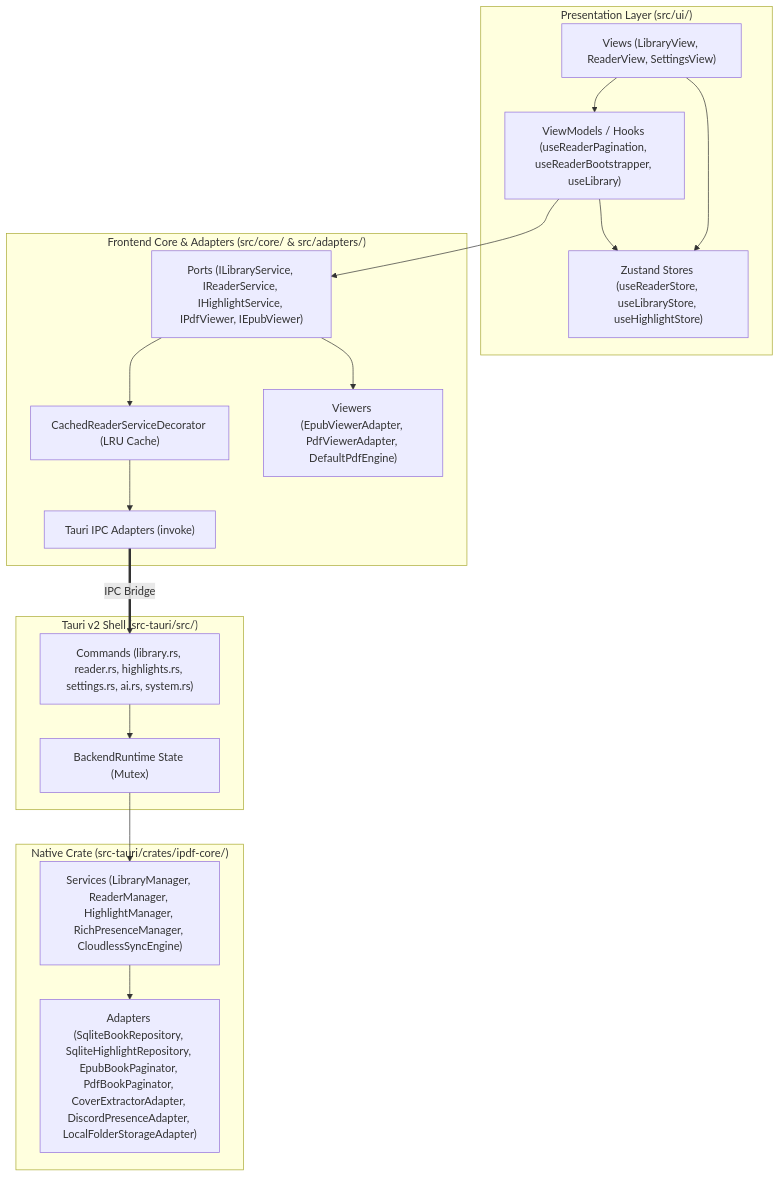
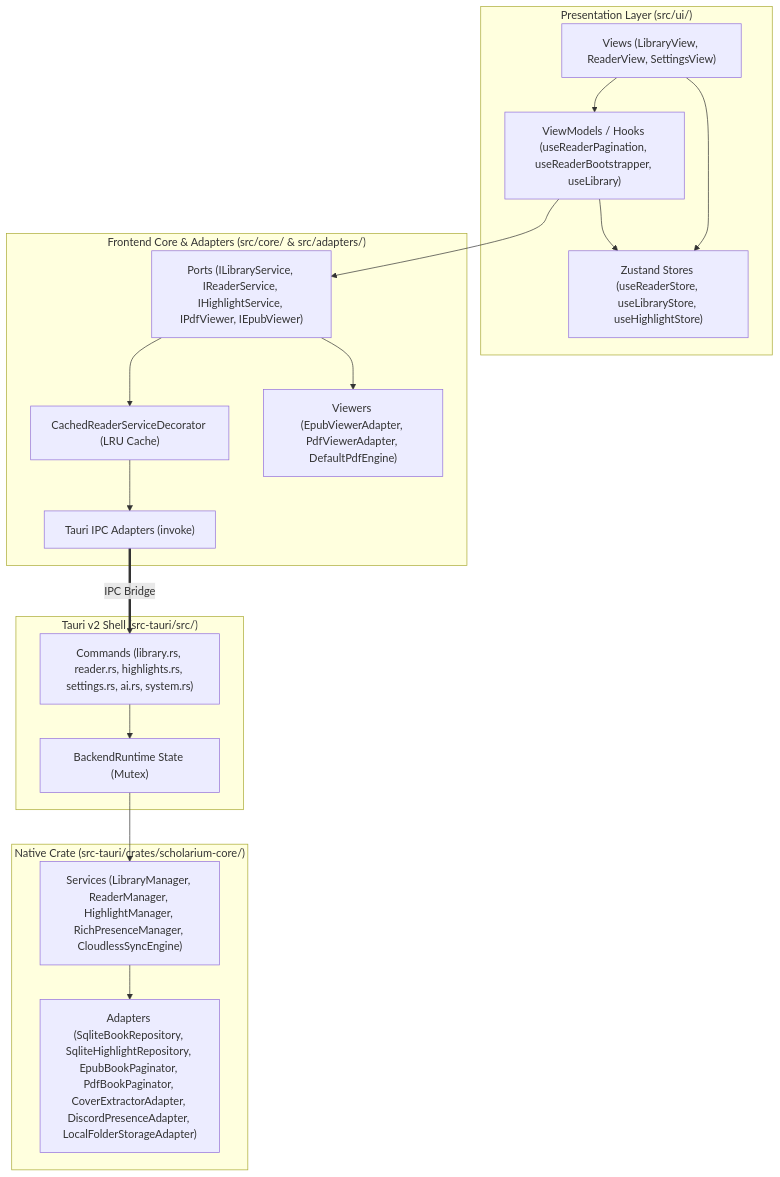
One commit to lucaslive974/IPDF changed the diagram in docs/02-ARCHITECTURE-UML.md. Above: the diagram before and after it, drawn with Mermaid. The commit also changed other lines of this file and 92 other files, not shown here.

First line of the commit message:
refactor(branding): rename ipdf to scholarium across core crate, storage, and docs

````diff
--- a/docs/02-ARCHITECTURE-UML.md
+++ b/docs/02-ARCHITECTURE-UML.md
@@ -118,36 +118,36 @@
 ```mermaid
 flowchart TB
     subgraph UI["Presentation Layer (src/ui/)"]
         Views["Views (LibraryView, ReaderView, SettingsView)"]
         Hooks["ViewModels / Hooks (useReaderPagination, useReaderBootstrapper, useLibrary)"]
         Stores["Zustand Stores (useReaderStore, useLibraryStore, useHighlightStore)"]
         Views --> Hooks
         Hooks --> Stores
         Views --> Stores
     end
 
     subgraph CoreTS["Frontend Core & Adapters (src/core/ & src/adapters/)"]
         PortsTS["Ports (ILibraryService, IReaderService, IHighlightService, IPdfViewer, IEpubViewer)"]
         CachedReader["CachedReaderServiceDecorator (LRU Cache)"]
         TauriIPC["Tauri IPC Adapters (invoke)"]
         Viewers["Viewers (EpubViewerAdapter, PdfViewerAdapter, DefaultPdfEngine)"]
         Hooks --> PortsTS
         PortsTS --> CachedReader
         CachedReader --> TauriIPC
         PortsTS --> Viewers
     end
 
     subgraph TauriShell["Tauri v2 Shell (src-tauri/src/)"]
         Commands["Commands (library.rs, reader.rs, highlights.rs, settings.rs, ai.rs, system.rs)"]
         Runtime["BackendRuntime State (Mutex)"]
         TauriIPC == "IPC Bridge" ==> Commands
         Commands --> Runtime
     end
 
-    subgraph RustCore["Native Crate (src-tauri/crates/ipdf-core/)"]
+    subgraph RustCore["Native Crate (src-tauri/crates/scholarium-core/)"]
         ServicesRS["Services (LibraryManager, ReaderManager, HighlightManager, RichPresenceManager, CloudlessSyncEngine)"]
         AdaptersRS["Adapters (SqliteBookRepository, SqliteHighlightRepository, EpubBookPaginator, PdfBookPaginator, CoverExtractorAdapter, DiscordPresenceAdapter, LocalFolderStorageAdapter)"]
         Runtime --> ServicesRS
         ServicesRS --> AdaptersRS
     end
 ```
````
